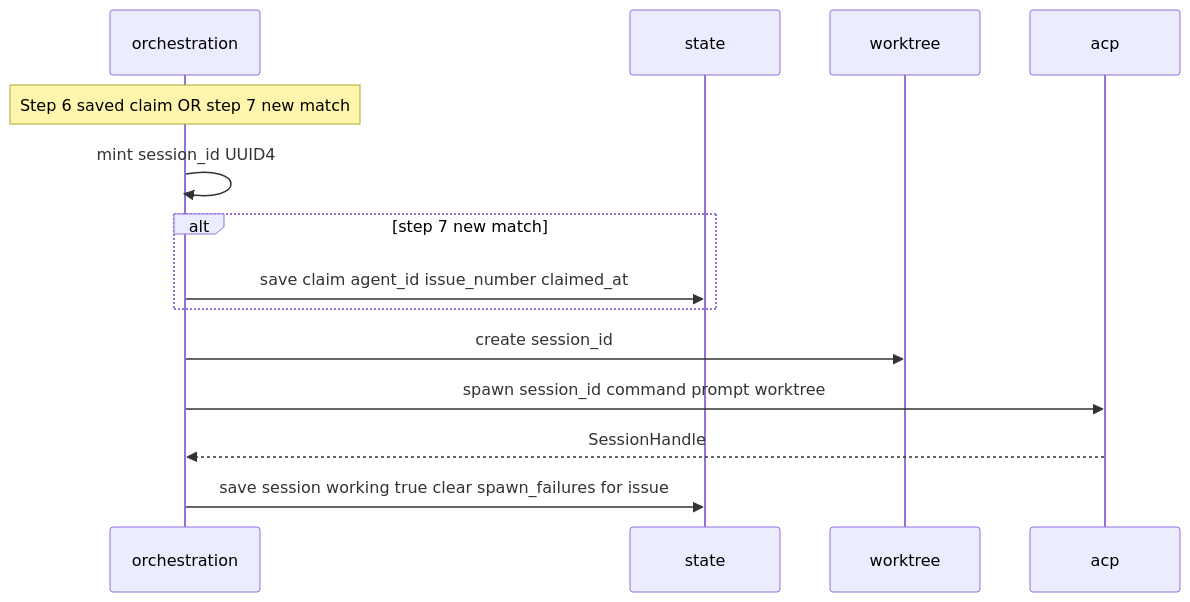
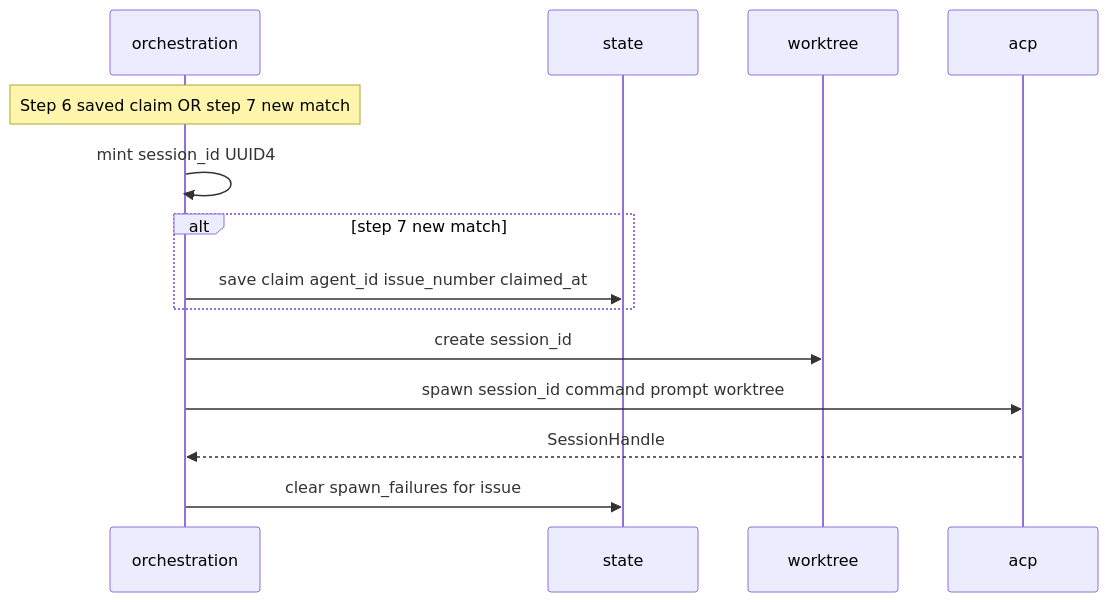
Before and after one commit to waigore/orkie: the third of 6 diagrams in spec/design/sequences.md, drawn with Mermaid. The commit also changed other lines of this file and 36 other files, not shown here.

````diff
--- a/spec/design/sequences.md
+++ b/spec/design/sequences.md
@@ -114,17 +111,17 @@
 ```mermaid
 sequenceDiagram
   participant Orch as orchestration
   participant St as state
   participant Wt as worktree
   participant Acp as acp
 
   Note over Orch: Step 6 saved claim OR step 7 new match
   Orch->>Orch: mint session_id UUID4
   alt step 7 new match
     Orch->>St: save claim agent_id issue_number claimed_at
   end
   Orch->>Wt: create session_id
   Orch->>Acp: spawn session_id command prompt worktree
   Acp-->>Orch: SessionHandle
-  Orch->>St: save session working true clear spawn_failures for issue
+  Orch->>St: clear spawn_failures for issue
 ```
````
